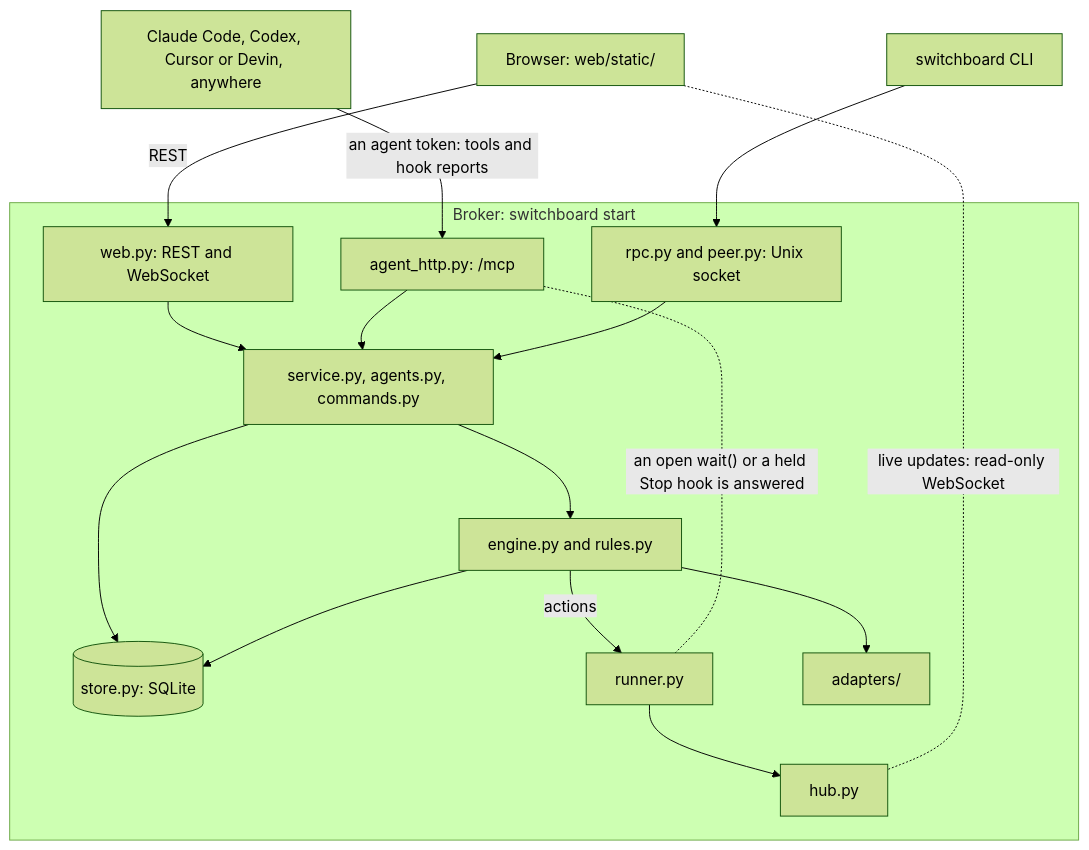
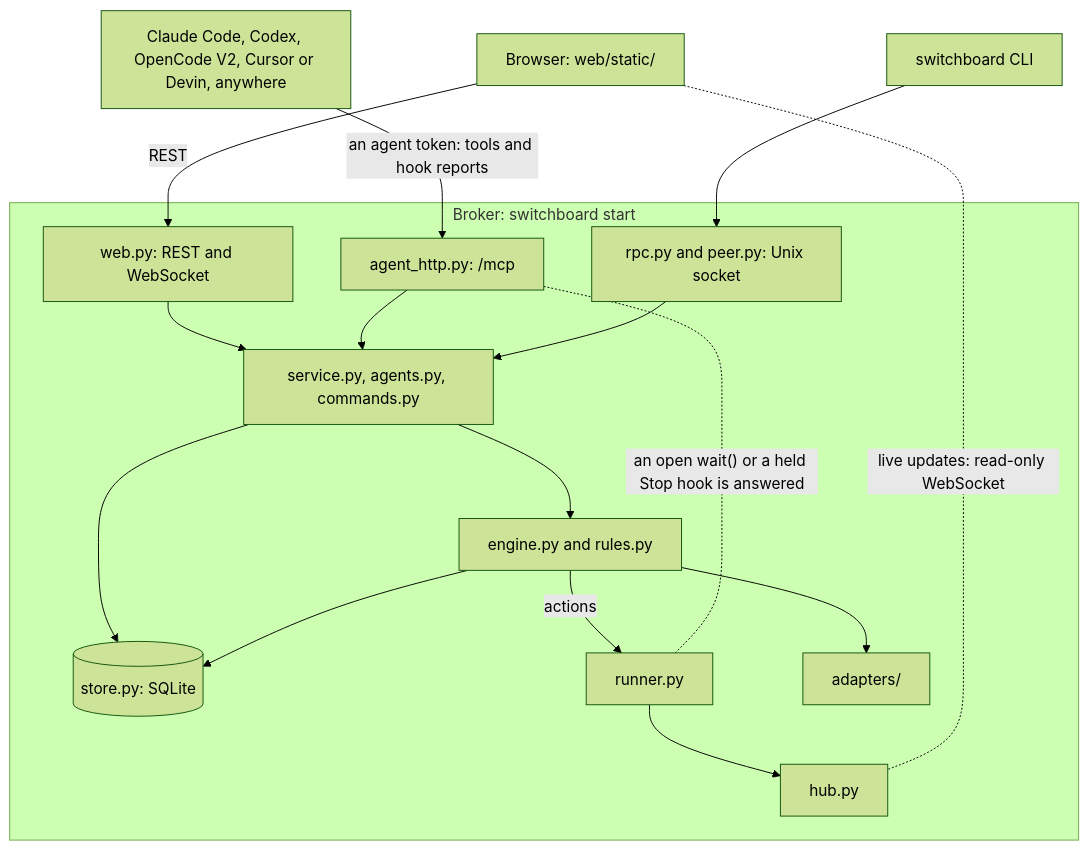
One commit to amahpour/switchboard changed the diagram in docs/ARCHITECTURE.md. Above: the diagram before and after it, drawn with Mermaid (forest theme). The commit also changed other lines of this file and 73 other files, not shown here.

Commit message:
feat(agents): OpenCode over HTTPS with an agent token (#515)

````diff
--- a/docs/ARCHITECTURE.md
+++ b/docs/ARCHITECTURE.md
@@ -9,32 +9,32 @@
 ```mermaid
 flowchart TB
-  harness["Claude Code, Codex, Cursor or Devin, anywhere"]
+  harness["Claude Code, Codex, OpenCode V2, Cursor or Devin, anywhere"]
   browser["Browser: web/static/"]
   cli["switchboard CLI"]
   subgraph broker["Broker: switchboard start"]
     web["web.py: REST and WebSocket"]
     http["agent_http.py: /mcp"]
     rpc["rpc.py and peer.py: Unix socket"]
     svc["service.py, agents.py, commands.py"]
     engine["engine.py and rules.py"]
     store[("store.py: SQLite")]
     runner["runner.py"]
     hub["hub.py"]
     adapters["adapters/"]
   end
 
   harness -- "an agent token: tools and hook reports" --> http
   browser -- "REST" --> web
   cli --> rpc
   web --> svc
   http --> svc
   rpc --> svc
   svc --> store
   svc --> engine
   engine --> store
   engine --> adapters
   engine -- "actions" --> runner
   runner --> hub
   browser -. "live updates: read-only WebSocket" .- hub
   http -. "an open wait() or a held Stop hook is answered" .- runner
 ```
````
